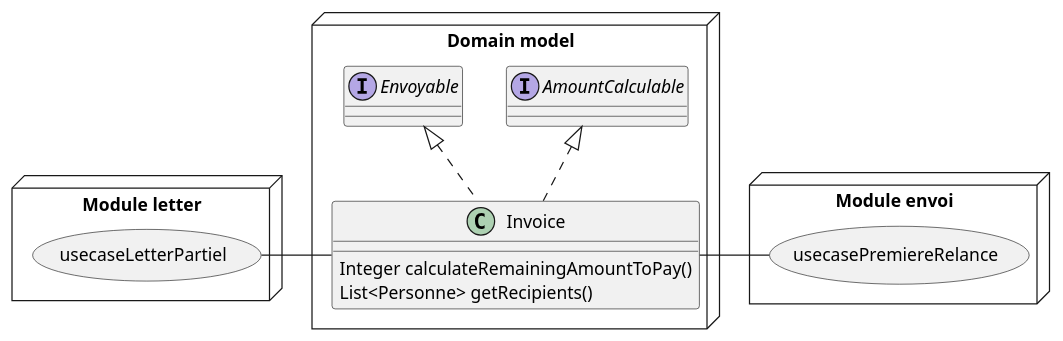
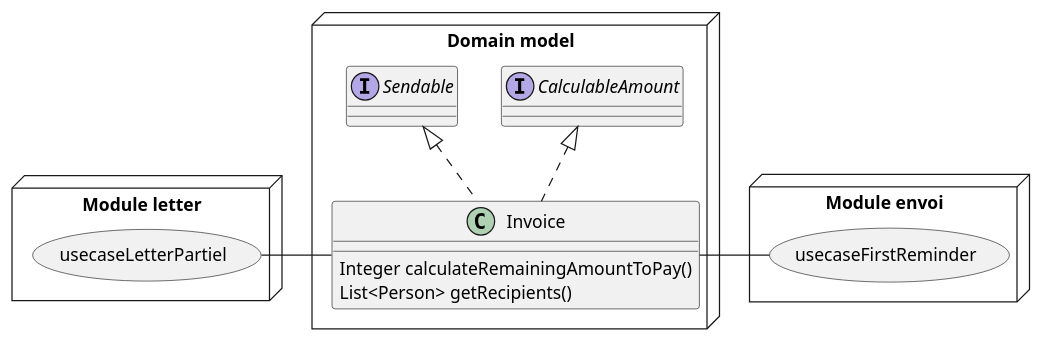
One commit to t4w4n3/articles-again changed the second of 2 diagrams in java17.adoc. Above: the diagram before and after it, drawn with PlantUML. The commit also changed other lines of this file and 6 other files, not shown here.

```diff
--- a/java17.adoc
+++ b/java17.adoc
@@ -83,29 +85,29 @@
 [plantuml,Modèle de domaine avec Invoice et cas d’utilisation,png]
 ----
 @startuml
 allow_mixing
 
 node "Domain model" {
 
 
-	class Invoice implements AmountCalculable, Envoyable {
+	class Invoice implements CalculableAmount, Sendable {
 	Integer calculateRemainingAmountToPay()
-	List<Personne> getRecipients()
+	List<Person> getRecipients()
   }
 
-  interface AmountCalculable
-  interface Envoyable
+  interface CalculableAmount
+  interface Sendable
 }
 
 node "Module letter" {
   usecase usecaseLetterPartiel
   usecaseLetterPartiel - Invoice
 }
 
 node "Module envoi" {
-  usecase usecasePremiereRelance
-  usecasePremiereRelance - Invoice
+  usecase usecaseFirstReminder
+  usecaseFirstReminder - Invoice
 }
 
 @enduml
 ----
```
